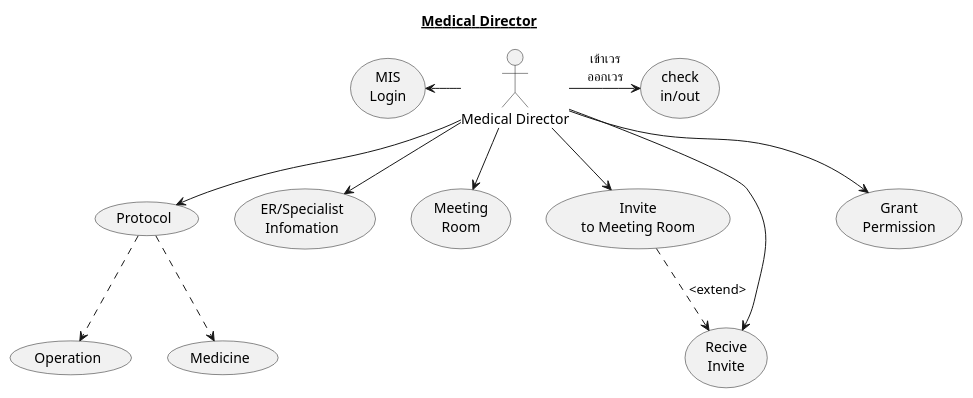
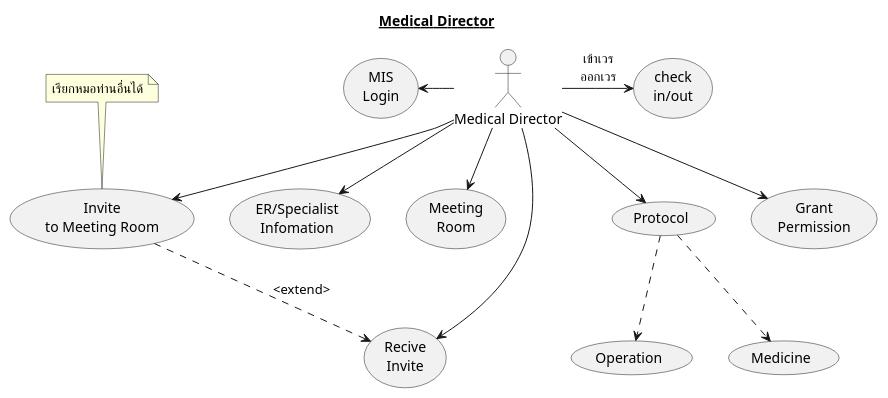
Before and after one commit to lionants02/mis-api-doc: the diagram in uml/scenario_MD.plantuml, drawn with PlantUML. The commit also changed 7 other files, not shown here.

```diff
--- a/uml/scenario_MD.plantuml
+++ b/uml/scenario_MD.plantuml
@@ -1,32 +1,33 @@
 @startuml
 Title __Medical Director__
   :Medical Director: as MD
 
   usecase (Protocol) as Protocol
   usecase (Operation) as Ops
   usecase (Medicine) as Med
   Protocol ..> Ops
   Protocol ..> Med
 
   usecase (check\nin/out) as checkIn
   usecase (MIS\nLogin) as MISLogin
   usecase (ER/Specialist\nInfomation) as ERSpecialistInfomation
 
   usecase (Meeting\nRoom) as MeetingRoom
   usecase (Invite\nto Meeting Room) as InviteToMeetingRoom
   usecase (Recive\nInvite) as ReciveInvite
   InviteToMeetingRoom ..> ReciveInvite :<extend>
 
   usecase (Grant\nPermission) as GrantPermission
 
   MD -right-> checkIn : เข้าเวร\nออกเวร
   MD -left-> MISLogin
   MD --> MeetingRoom
   MD --> ERSpecialistInfomation
   MD --> Protocol
   MD --> InviteToMeetingRoom
+  note top of InviteToMeetingRoom : เรียกหมอท่านอื่นได้
 
   MD --> ReciveInvite
   MD --> GrantPermission
 
 @enduml
```
